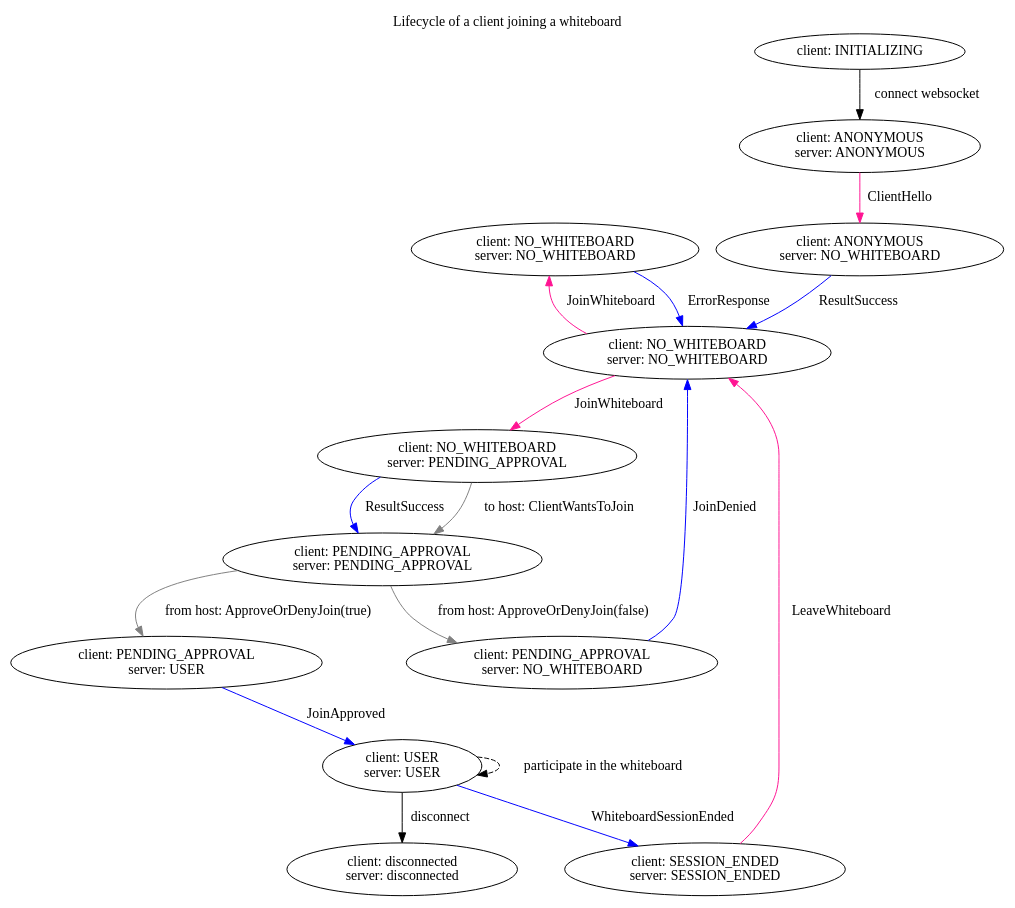
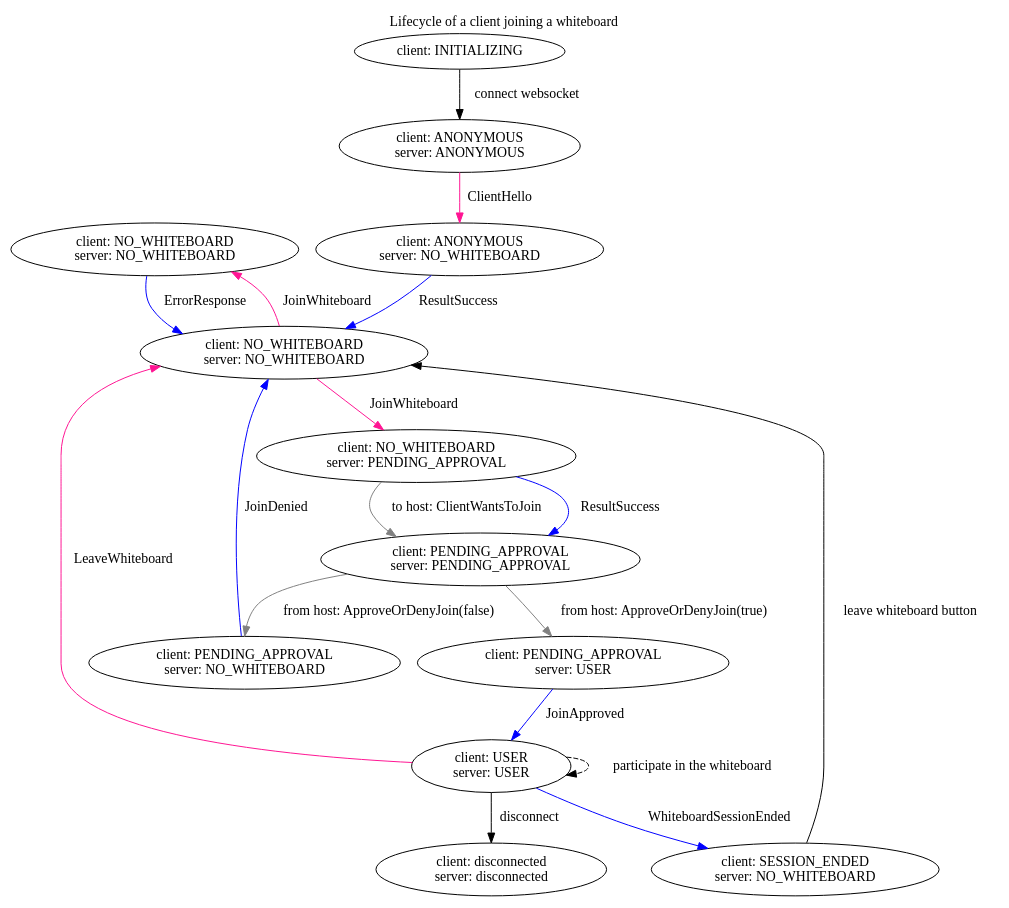
One commit to wgslr/trunkless-whiteboard changed the diagram in graphs/client-lifecycle/client-lifecycle.dot. Above: the diagram before and after it, drawn with Graphviz.

Commit message:
graphs: Update client lifecycle

```diff
--- a/graphs/client-lifecycle/client-lifecycle.dot
+++ b/graphs/client-lifecycle/client-lifecycle.dot
@@ -1,75 +1,79 @@
 # deeppink = message from server
 # blue = message to server
 
 Digraph G2 {
     labelloc="t";
     label="Lifecycle of a client joining a whiteboard";
 
     join_error [label = "client: NO_WHITEBOARD\nserver: NO_WHITEBOARD"]
 
     "client: INITIALIZING"
     -> "client: ANONYMOUS\nserver: ANONYMOUS"
     [label = "connect websocket"]
 
     "client: ANONYMOUS\nserver: ANONYMOUS"
     -> "client: ANONYMOUS\nserver: NO_WHITEBOARD"
     [label = "ClientHello", color = "deeppink"]
 
     "client: ANONYMOUS\nserver: NO_WHITEBOARD"
     -> "client: NO_WHITEBOARD\nserver: NO_WHITEBOARD"
     [label = "ResultSuccess", color = "blue"]
 
     "client: NO_WHITEBOARD\nserver: NO_WHITEBOARD"
     -> "client: NO_WHITEBOARD\nserver: PENDING_APPROVAL"
     [label = "JoinWhiteboard", color = "deeppink"]
 
 
     "client: NO_WHITEBOARD\nserver: NO_WHITEBOARD"
     -> join_error // "client: NO_WHITEBOARD\nserver: NO_WHITEBOARD"
     [label = "JoinWhiteboard", color = "deeppink"]
 
     join_error
     -> "client: NO_WHITEBOARD\nserver: NO_WHITEBOARD" // "client: NO_WHITEBOARD\nserver: NO_WHITEBOARD"
     [label = "ErrorResponse", color = "blue"]
 
     "client: NO_WHITEBOARD\nserver: PENDING_APPROVAL"
     -> "client: PENDING_APPROVAL\nserver: PENDING_APPROVAL"
     [label = "ResultSuccess", color="blue"]
     
     "client: NO_WHITEBOARD\nserver: PENDING_APPROVAL"
     -> "client: PENDING_APPROVAL\nserver: PENDING_APPROVAL"
     [label = "to host: ClientWantsToJoin", color="grey"]
 
     "client: PENDING_APPROVAL\nserver: PENDING_APPROVAL"
     -> "client: PENDING_APPROVAL\nserver: USER"
     [label = "from host: ApproveOrDenyJoin(true)", color="grey"]
 
     "client: PENDING_APPROVAL\nserver: USER"
     -> "client: USER\nserver: USER"
     [label = "JoinApproved", color="blue"]
 
     "client: PENDING_APPROVAL\nserver: PENDING_APPROVAL"
     -> "client: PENDING_APPROVAL\nserver: NO_WHITEBOARD"
     [label = "from host: ApproveOrDenyJoin(false)", color="grey"]
 
     "client: PENDING_APPROVAL\nserver: NO_WHITEBOARD"
     -> "client: NO_WHITEBOARD\nserver: NO_WHITEBOARD"
     [label = "JoinDenied", color="blue"]
 
 
     "client: USER\nserver: USER"
     -> "client: USER\nserver: USER"
     [label = "participate in the whiteboard", style="dashed"]
 
     "client: USER\nserver: USER"
-    -> "client: SESSION_ENDED\nserver: SESSION_ENDED"
+    -> "client: SESSION_ENDED\nserver: NO_WHITEBOARD"
     [label = "WhiteboardSessionEnded", color="blue"]
 
-    "client: SESSION_ENDED\nserver: SESSION_ENDED"
+    "client: USER\nserver: USER"
     -> "client: NO_WHITEBOARD\nserver: NO_WHITEBOARD"
     [label = "LeaveWhiteboard", color="deeppink"]
+
+    "client: SESSION_ENDED\nserver: NO_WHITEBOARD"
+    -> "client: NO_WHITEBOARD\nserver: NO_WHITEBOARD"
+    [label = "leave whiteboard button", color="black"]
 
     "client: USER\nserver: USER"
     -> "client: disconnected\nserver: disconnected"
     [label = "disconnect"]
 }
```
